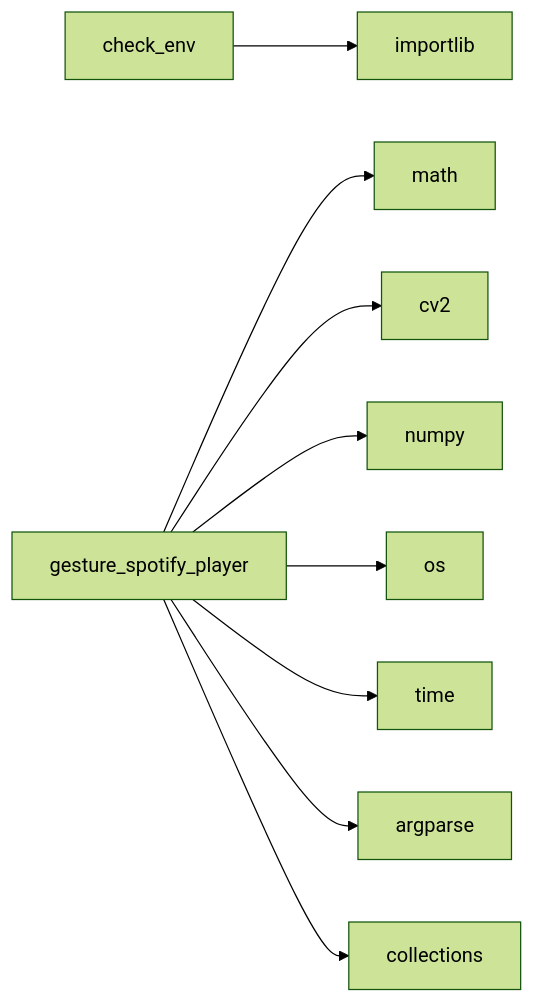
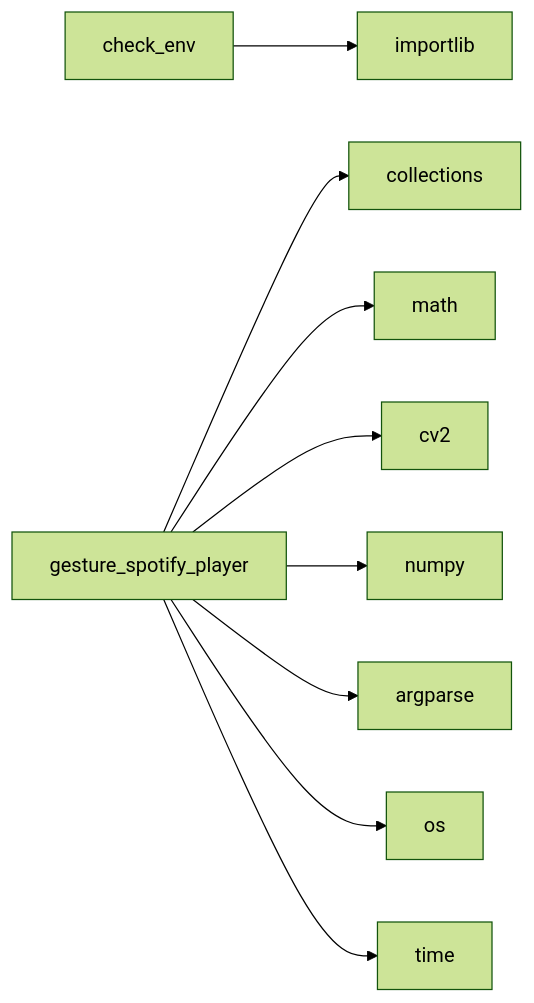
Before and after one commit to NITISH-R-G/PalmPlay1: the diagram in .github/docs/dependencies.md, drawn with Mermaid (forest theme). The commit also changed other lines of this file and 2 other files, not shown here.

Commit message:
docs: update repository documentation and diagrams [skip ci]

````diff
--- a/.github/docs/dependencies.md
+++ b/.github/docs/dependencies.md
@@ -3,15 +3,15 @@
 ```mermaid
 graph LR
     check_env[check_env]
     check_env --> importlib[importlib]
     gesture_spotify_player[gesture_spotify_player]
+    gesture_spotify_player --> collections[collections]
     gesture_spotify_player --> math[math]
     gesture_spotify_player --> cv2[cv2]
     gesture_spotify_player --> numpy[numpy]
+    gesture_spotify_player --> argparse[argparse]
     gesture_spotify_player --> os[os]
     gesture_spotify_player --> time[time]
-    gesture_spotify_player --> argparse[argparse]
-    gesture_spotify_player --> collections[collections]
     click check_env href "https://github.com/NITISH-R-G/PalmPlay1/blob/main/check_env.py" "View source code"
     click gesture_spotify_player href "https://github.com/NITISH-R-G/PalmPlay1/blob/main/gesture_spotify_player.py" "View source code"
 ```
````
